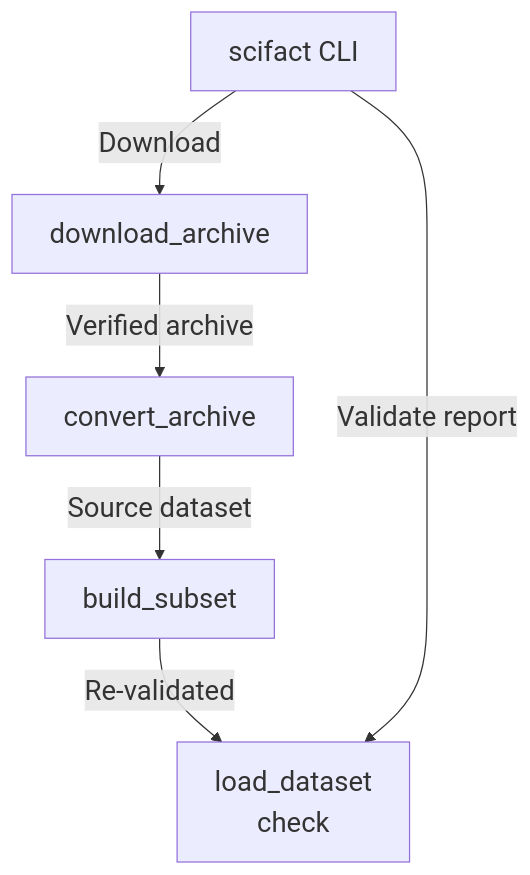
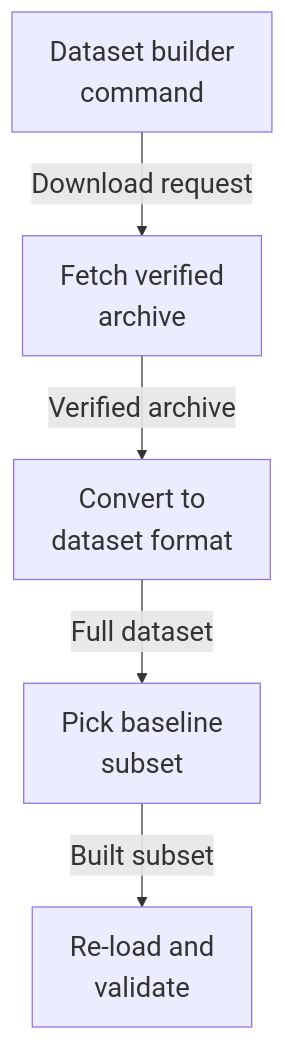
The third of 3 diagrams in maps/evaluation/README.md (Justin-Mendoza/Afterclass), drawn with Mermaid before and after one commit. The commit also changed other lines of this file and 91 other files, not shown here.

````diff
--- a/maps/evaluation/README.md
+++ b/maps/evaluation/README.md
@@ -215,14 +110,13 @@
 ```mermaid
 %%{init: {"themeVariables": {"fontSize": "22px"}}}%%
 flowchart TD
-  n0["scifact CLI"]
-  n1["download_archive"]
-  n2["convert_archive"]
-  n3["build_subset"]
-  n4["load_dataset<br/>check"]
-  n0 -->|"Download"| n1
+  n0["Dataset builder<br/>command"]
+  n1["Fetch verified<br/>archive"]
+  n2["Convert to<br/>dataset format"]
+  n3["Pick baseline<br/>subset"]
+  n4["Re-load and<br/>validate"]
+  n0 -->|"Download request"| n1
   n1 -->|"Verified archive"| n2
-  n2 -->|"Source dataset"| n3
-  n3 -->|"Re-validated"| n4
-  n0 -->|"Validate report"| n4
+  n2 -->|"Full dataset"| n3
+  n3 -->|"Built subset"| n4
 ```
````
